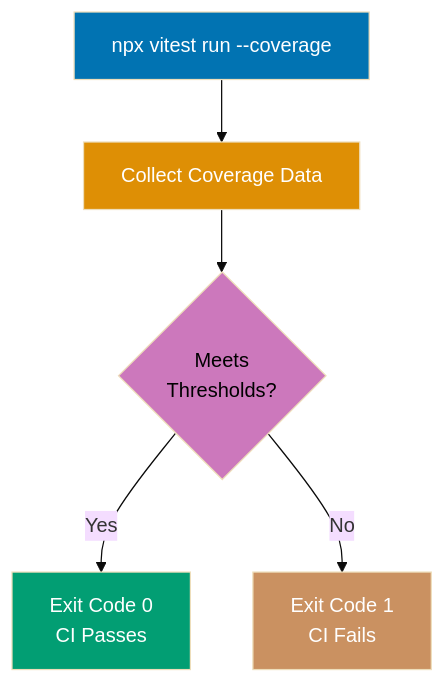
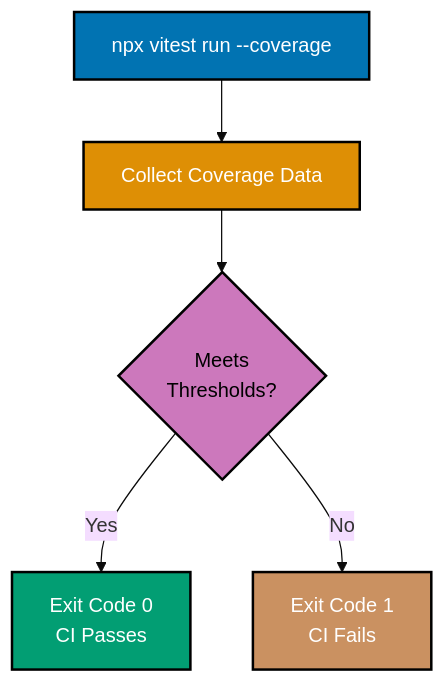
Before and after one commit to wahidyankf/open-sharia-enterprise: the sixth of 9 diagrams in apps/ayokoding-web/content/en/learn/software-engineering/automation-testing/tools/vitest/by-example/advanced.md, drawn with Mermaid (base theme). The commit also changed other lines of this file and 13 other files, not shown here.

````diff
--- a/apps/ayokoding-web/content/en/learn/software-engineering/automation-testing/tools/vitest/by-example/advanced.md
+++ b/apps/ayokoding-web/content/en/learn/software-engineering/automation-testing/tools/vitest/by-example/advanced.md
@@ -1184,14 +1184,14 @@
 ```mermaid
 %% Color Palette: Blue #0173B2, Orange #DE8F05, Teal #029E73, Purple #CC78BC, Brown #CA9161
 graph TD
     A["npx vitest run --coverage"] --> B["Collect Coverage Data"]
     B --> C{"Meets<br/>Thresholds?"}
     C -->|Yes| D["Exit Code 0<br/>CI Passes"]
     C -->|No| E["Exit Code 1<br/>CI Fails"]
 
-    style A fill:#0173B2,color:#fff
-    style B fill:#DE8F05,color:#fff
-    style C fill:#CC78BC,color:#000
-    style D fill:#029E73,color:#fff
-    style E fill:#CA9161,color:#fff
+    style A fill:#0173B2,stroke:#000000,stroke-width:2px,color:#fff
+    style B fill:#DE8F05,stroke:#000000,stroke-width:2px,color:#fff
+    style C fill:#CC78BC,stroke:#000000,stroke-width:2px,color:#000
+    style D fill:#029E73,stroke:#000000,stroke-width:2px,color:#fff
+    style E fill:#CA9161,stroke:#000000,stroke-width:2px,color:#fff
 ```
````
